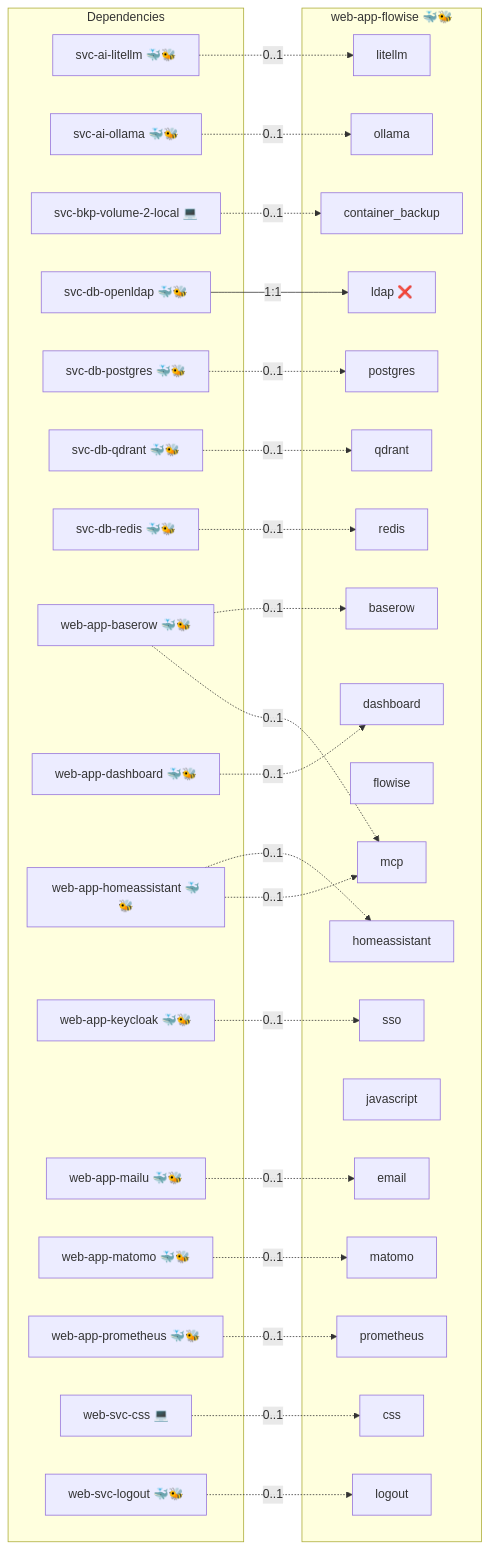
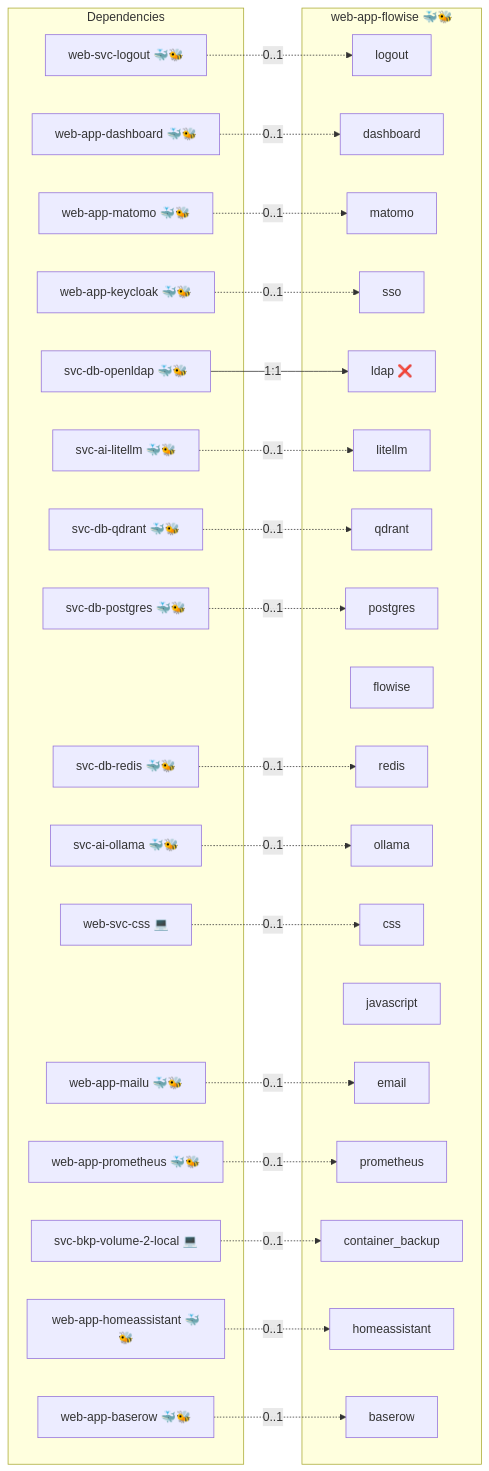
One commit to infinito-nexus/core changed the diagram in roles/web-app-flowise/README.md. Above: the diagram before and after it, drawn with Mermaid. The commit also changed other lines of this file and 142 other files, not shown here.

````diff
--- a/roles/web-app-flowise/README.md
+++ b/roles/web-app-flowise/README.md
@@ -15,60 +15,57 @@
 ```mermaid
 flowchart LR
     subgraph deps [Dependencies]
         dep_svc_ai_litellm["svc-ai-litellm 🐳🐝"]
         dep_svc_ai_ollama["svc-ai-ollama 🐳🐝"]
         dep_svc_bkp_volume_2_local["svc-bkp-volume-2-local 💻"]
         dep_svc_db_openldap["svc-db-openldap 🐳🐝"]
         dep_svc_db_postgres["svc-db-postgres 🐳🐝"]
         dep_svc_db_qdrant["svc-db-qdrant 🐳🐝"]
         dep_svc_db_redis["svc-db-redis 🐳🐝"]
         dep_web_app_baserow["web-app-baserow 🐳🐝"]
         dep_web_app_dashboard["web-app-dashboard 🐳🐝"]
         dep_web_app_homeassistant["web-app-homeassistant 🐳🐝"]
         dep_web_app_keycloak["web-app-keycloak 🐳🐝"]
         dep_web_app_mailu["web-app-mailu 🐳🐝"]
         dep_web_app_matomo["web-app-matomo 🐳🐝"]
         dep_web_app_prometheus["web-app-prometheus 🐳🐝"]
         dep_web_svc_css["web-svc-css 💻"]
         dep_web_svc_logout["web-svc-logout 🐳🐝"]
     end
     subgraph role [web-app-flowise 🐳🐝]
         svc_logout["logout"]
         svc_dashboard["dashboard"]
         svc_matomo["matomo"]
         svc_sso["sso"]
         svc_ldap["ldap ❌"]
         svc_litellm["litellm"]
-        svc_mcp["mcp"]
         svc_qdrant["qdrant"]
         svc_postgres["postgres"]
         svc_flowise["flowise"]
         svc_redis["redis"]
         svc_ollama["ollama"]
         svc_css["css"]
         svc_javascript["javascript"]
         svc_email["email"]
         svc_prometheus["prometheus"]
         svc_container_backup["container_backup"]
         svc_homeassistant["homeassistant"]
         svc_baserow["baserow"]
     end
     dep_svc_ai_litellm -. "0..1" .-> svc_litellm
     dep_svc_ai_ollama -. "0..1" .-> svc_ollama
     dep_svc_bkp_volume_2_local -. "0..1" .-> svc_container_backup
     dep_svc_db_openldap -- "1:1" --> svc_ldap
     dep_svc_db_postgres -. "0..1" .-> svc_postgres
     dep_svc_db_qdrant -. "0..1" .-> svc_qdrant
     dep_svc_db_redis -. "0..1" .-> svc_redis
     dep_web_app_baserow -. "0..1" .-> svc_baserow
-    dep_web_app_baserow -. "0..1" .-> svc_mcp
     dep_web_app_dashboard -. "0..1" .-> svc_dashboard
     dep_web_app_homeassistant -. "0..1" .-> svc_homeassistant
-    dep_web_app_homeassistant -. "0..1" .-> svc_mcp
     dep_web_app_keycloak -. "0..1" .-> svc_sso
     dep_web_app_mailu -. "0..1" .-> svc_email
     dep_web_app_matomo -. "0..1" .-> svc_matomo
     dep_web_app_prometheus -. "0..1" .-> svc_prometheus
     dep_web_svc_css -. "0..1" .-> svc_css
     dep_web_svc_logout -. "0..1" .-> svc_logout
 ```
````
